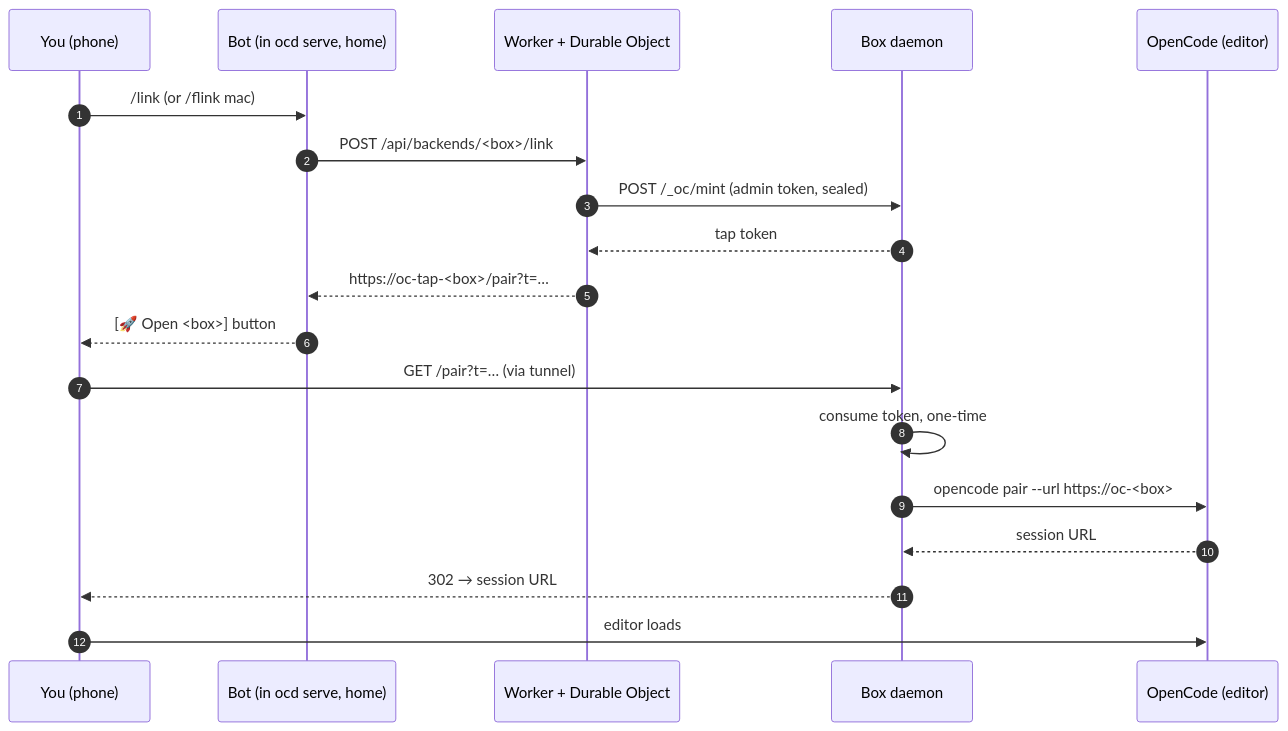
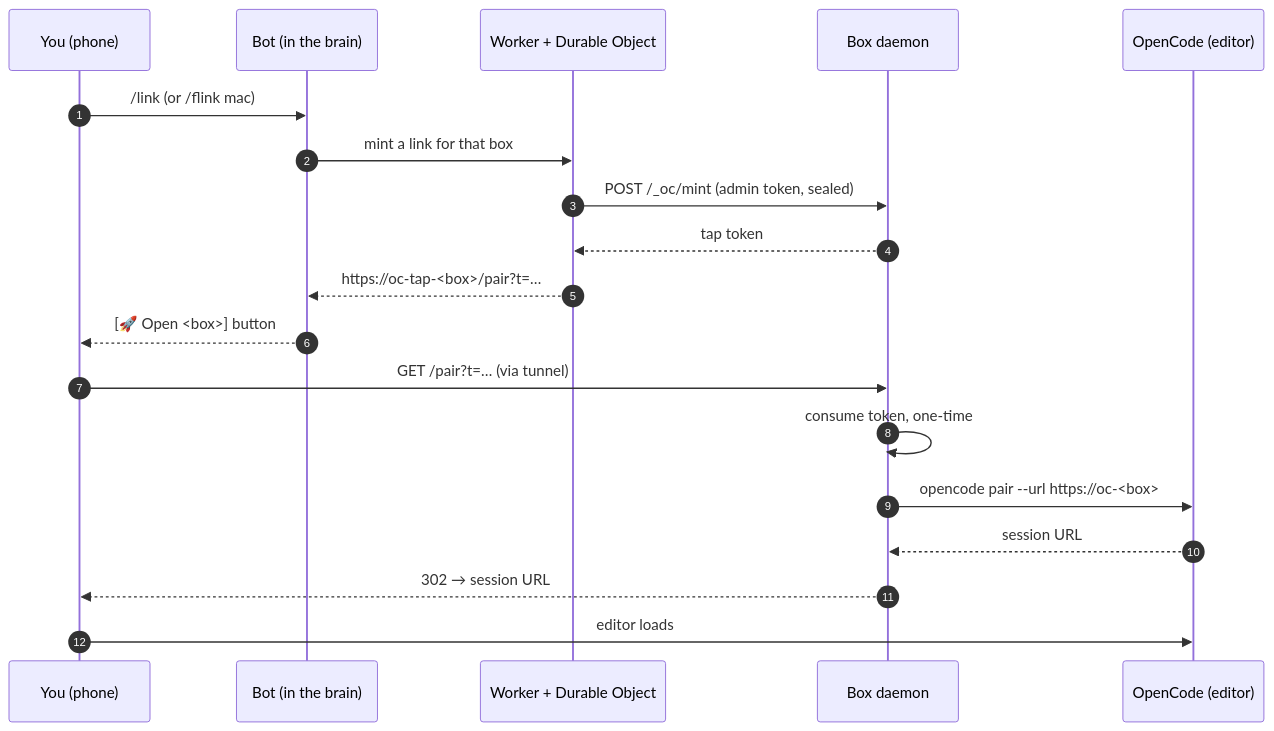
The second of 4 diagrams in docs/architecture.md (mfenderov/ocd), drawn with Mermaid before and after one commit. The commit also changed other lines of this file and 3 other files, not shown here.

Commit message:
docs: the brain owns the bot, the DNS and the history

````diff
--- a/docs/architecture.md
+++ b/docs/architecture.md
@@ -65,22 +66,22 @@
 ```mermaid
 sequenceDiagram
   autonumber
   participant Y as You (phone)
-  participant B as Bot (in ocd serve, home)
+  participant B as Bot (in the brain)
   participant W as Worker + Durable Object
   participant X as Box daemon
   participant O as OpenCode (editor)
 
   Y->>B: /link  (or /flink mac)
-  B->>W: POST /api/backends/<box>/link
+  B->>W: mint a link for that box
   W->>X: POST /_oc/mint  (admin token, sealed)
   X-->>W: tap token
   W-->>B: https://oc-tap-<box>/pair?t=…
   B-->>Y: [🚀 Open <box>] button
   Y->>X: GET /pair?t=…  (via tunnel)
   X->>X: consume token, one-time
   X->>O: opencode pair --url https://oc-<box>
   O-->>X: session URL
   X-->>Y: 302 → session URL
   Y->>O: editor loads
 ```
````
